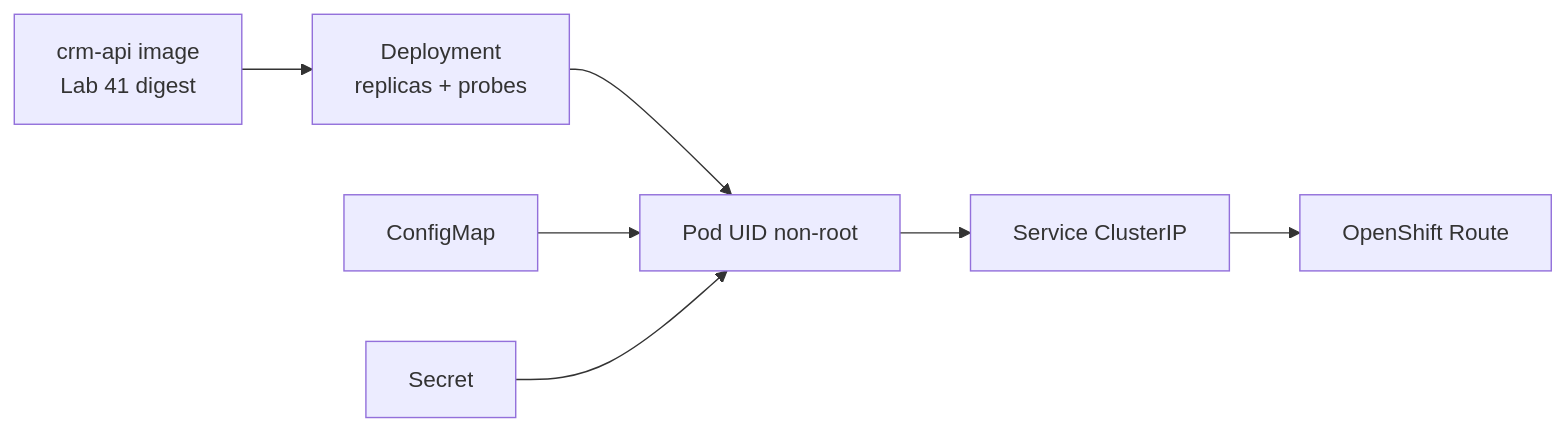
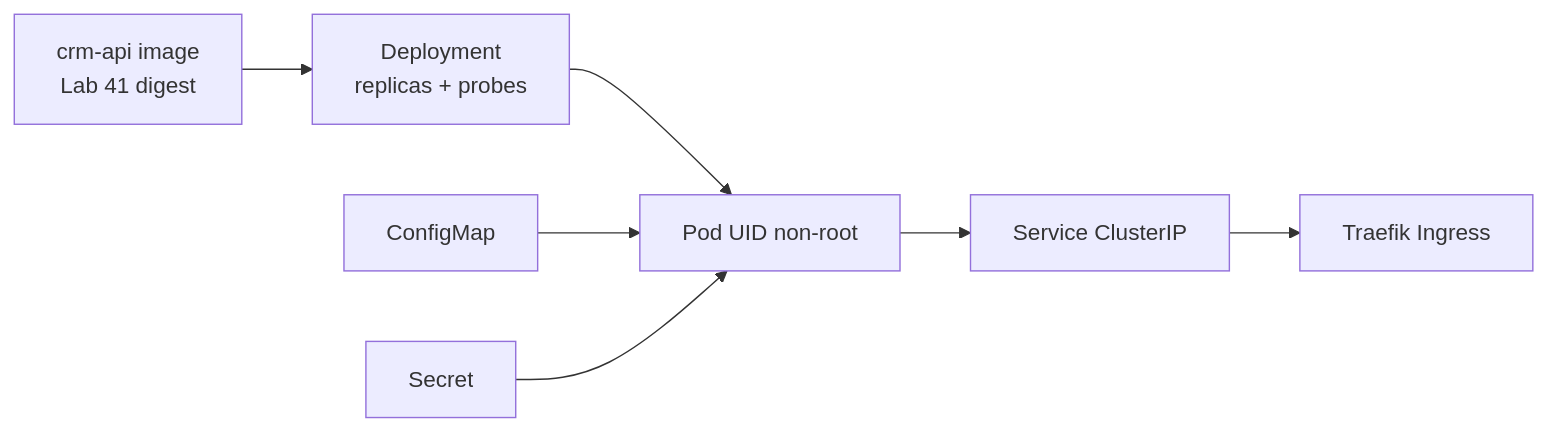
One commit to Innovation-In-Software/bc-sw-engineer-java-angular-participant changed the diagram in labs/Week 5 - DevOps, CI-CD and OpenShift/module-42/lab42/LAB-42-GUIDE.md. Above: the diagram before and after it, drawn with Mermaid. The commit also changed other lines of this file and 103 other files, not shown here.

First line of the commit message:
Teach the shared k3s cluster instead of OpenShift.

````diff
--- a/labs/Week 5 - DevOps, CI-CD and OpenShift/module-42/lab42/LAB-42-GUIDE.md
+++ b/labs/Week 5 - DevOps, CI-CD and OpenShift/module-42/lab42/LAB-42-GUIDE.md
@@ -109,9 +109,9 @@
 ```mermaid
 flowchart LR
   Img["crm-api image<br/>Lab 41 digest"] --> Dep["Deployment<br/>replicas + probes"]
   Dep --> Pod["Pod UID non-root"]
   Pod --> Svc["Service ClusterIP"]
-  Svc --> Rte["OpenShift Route"]
+  Svc --> Rte["Traefik Ingress"]
   CM["ConfigMap"] --> Pod
   Sec["Secret"] --> Pod
 ```
````
